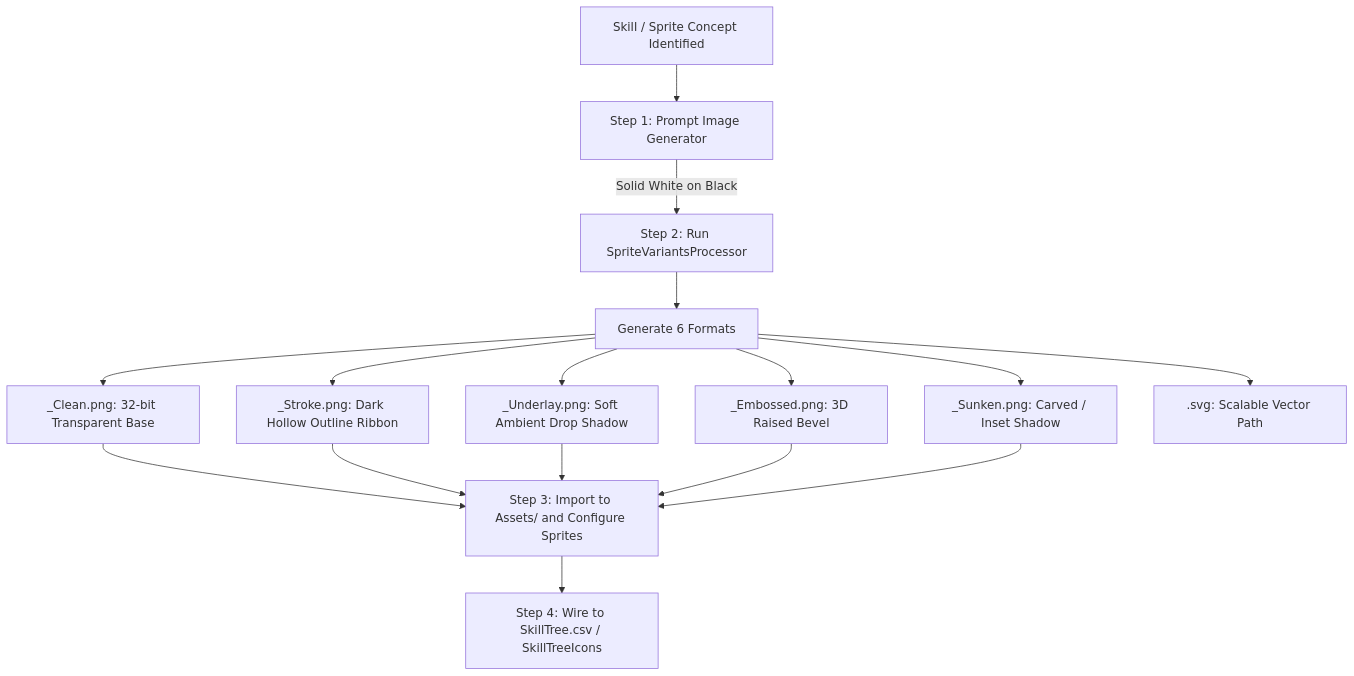
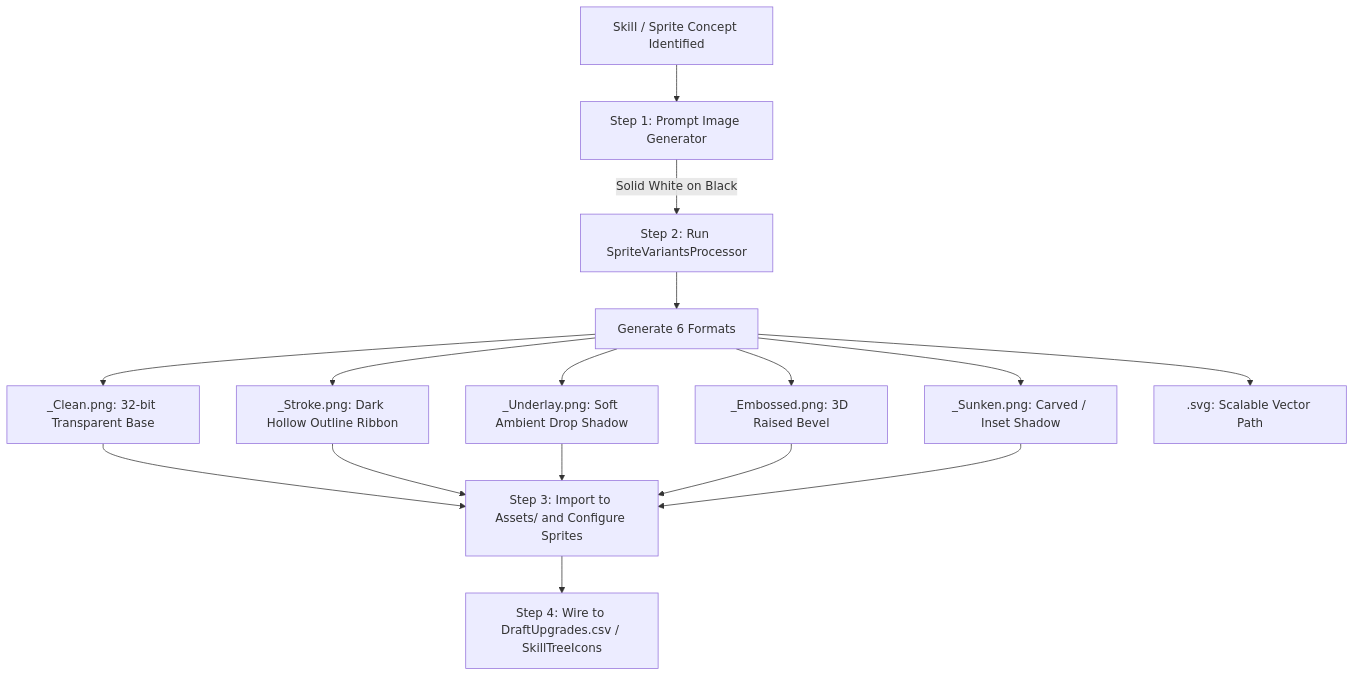
Before and after one commit to Serinoxxx/Bladehold: the diagram in .agents/skills/generate-sprite-variants/SKILL.md, drawn with Mermaid. The commit also changed other lines of this file and 175 other files, not shown here.

````diff
--- a/.agents/skills/generate-sprite-variants/SKILL.md
+++ b/.agents/skills/generate-sprite-variants/SKILL.md
@@ -14,14 +14,14 @@
 ```mermaid
 flowchart TD
     A[Skill / Sprite Concept Identified] --> B[Step 1: Prompt Image Generator]
     B -->|Solid White on Black| C[Step 2: Run SpriteVariantsProcessor]
     C --> D[Generate 6 Formats]
     D --> D1[_Clean.png: 32-bit Transparent Base]
     D --> D2[_Stroke.png: Dark Hollow Outline Ribbon]
     D --> D3[_Underlay.png: Soft Ambient Drop Shadow]
     D --> D4[_Embossed.png: 3D Raised Bevel]
     D --> D5[_Sunken.png: Carved / Inset Shadow]
     D --> D6[.svg: Scalable Vector Path]
     D1 & D2 & D3 & D4 & D5 --> E[Step 3: Import to Assets/ and Configure Sprites]
-    E --> F[Step 4: Wire to SkillTree.csv / SkillTreeIcons]
+    E --> F[Step 4: Wire to DraftUpgrades.csv / SkillTreeIcons]
 ```
````
